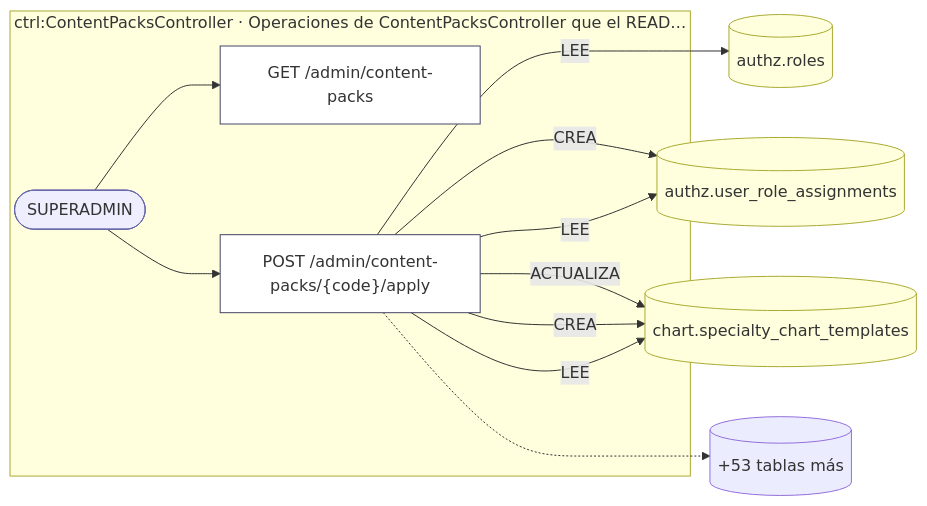
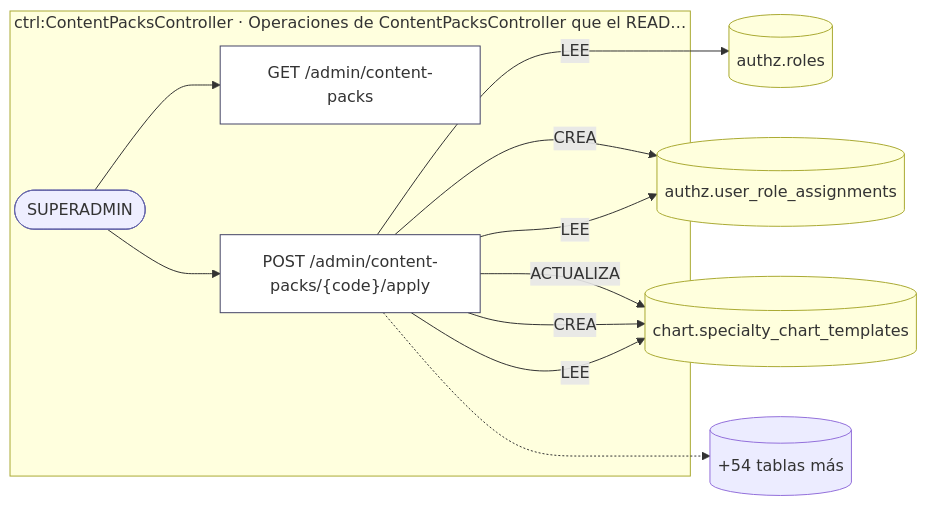
One commit to mdavila-2001/mantra-core-health-api changed the first of 2 diagrams in docs/inventario/flujos/content_packs.md. Above: the diagram before and after it, drawn with Mermaid. The commit also changed other lines of this file and 205 other files, not shown here.

````diff
--- a/docs/inventario/flujos/content_packs.md
+++ b/docs/inventario/flujos/content_packs.md
@@ -31,25 +31,25 @@
 ```mermaid
 flowchart LR
   a2(["SUPERADMIN"]):::actor
   t4[("authz.roles")]:::tabla
   t5[("authz.user_role_assignments")]:::tabla
   t6[("chart.specialty_chart_templates")]:::tabla
-  t7[("+53 tablas más")]
+  t7[("+54 tablas más")]
   subgraph s0["ctrl:ContentPacksController · Operaciones de ContentPacksController que el READ…"]
     o1["GET /admin/content-packs"]:::op
     o3["POST /admin/content-packs/{code}/apply"]:::op
   end
   a2 --> o1
   a2 --> o3
   o3 -->|"LEE"| t4
   o3 -->|"CREA"| t5
   o3 -->|"LEE"| t5
   o3 -->|"ACTUALIZA"| t6
   o3 -->|"CREA"| t6
   o3 -->|"LEE"| t6
   o3 -.-> t7
   classDef op fill:#fff,stroke:#446
   classDef actor fill:#eef,stroke:#66a
   classDef tabla fill:#ffd,stroke:#aa3
   classDef evento fill:#efe,stroke:#3a3
 ```
````
